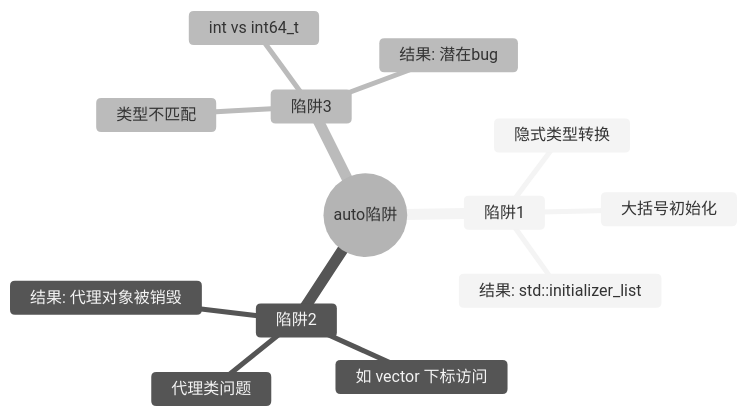
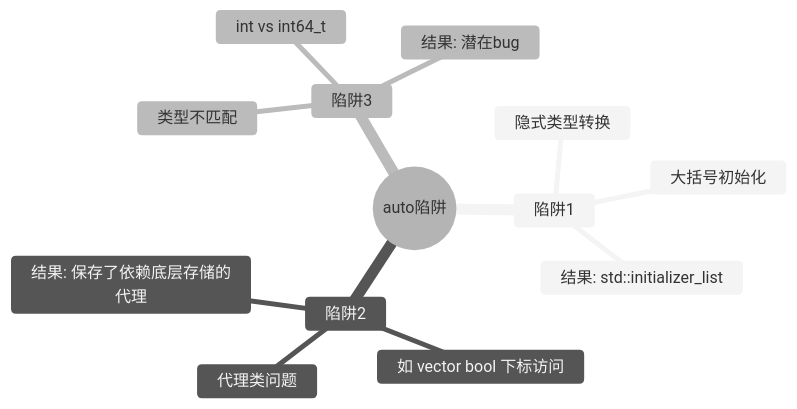
The seventh of 13 diagrams in week_01/day_02/README.md (mlbo/cpp_learning), drawn with Mermaid (neutral theme) before and after one commit. The commit also changed other lines of this file and 675 other files, not shown here.

````diff
--- a/week_01/day_02/README.md
+++ b/week_01/day_02/README.md
@@ -157,16 +290,16 @@
 ```mermaid
 mindmap
   root((auto陷阱))
     陷阱1
       隐式类型转换
       大括号初始化
       结果: std::initializer_list
     陷阱2
       代理类问题
-      如 vector 下标访问
-      结果: 代理对象被销毁
+      如 vector bool 下标访问
+      结果: 保存了依赖底层存储的代理
     陷阱3
       类型不匹配
       int vs int64_t
       结果: 潜在bug
 ```
````
